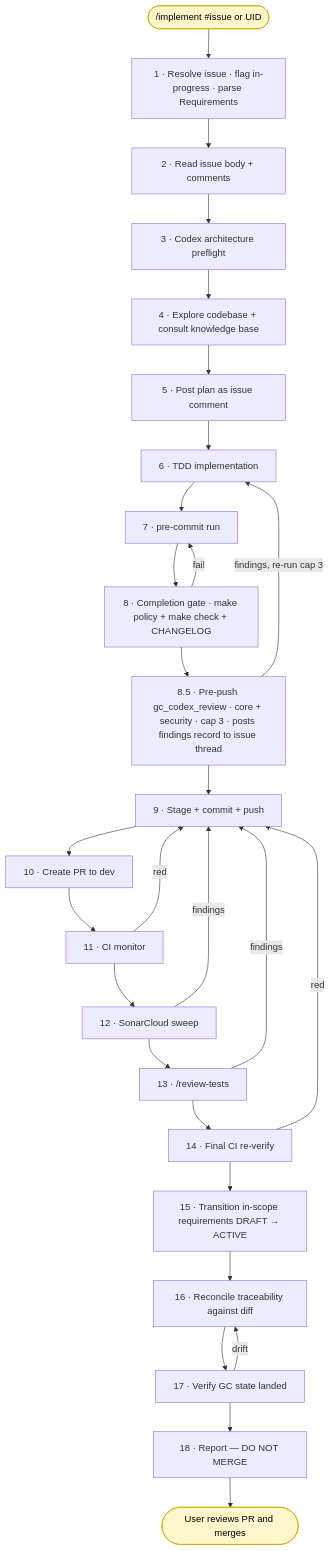
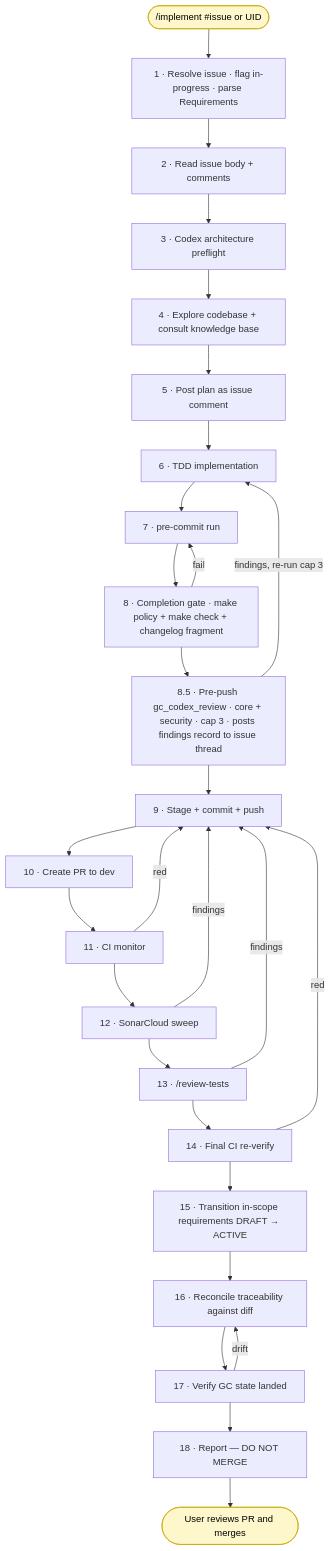
One commit to KeplerOps/Ground-Control changed the diagram in docs/DEVELOPMENT_WORKFLOW.md. Above: the diagram before and after it, drawn with Mermaid. The commit also changed other lines of this file and 16 other files, not shown here.

````diff
--- a/docs/DEVELOPMENT_WORKFLOW.md
+++ b/docs/DEVELOPMENT_WORKFLOW.md
@@ -60,56 +60,56 @@
 ```mermaid
 flowchart TB
   Start([/implement #issue or UID])
   S1[1 · Resolve issue · flag in-progress · parse Requirements]
   S2[2 · Read issue body + comments]
   S3[3 · Codex architecture preflight]
   S4[4 · Explore codebase + consult knowledge base]
   S5[5 · Post plan as issue comment]
   S6[6 · TDD implementation]
   S7[7 · pre-commit run]
-  S8[8 · Completion gate · make policy + make check + CHANGELOG]
+  S8[8 · Completion gate · make policy + make check + changelog fragment]
   S8b[8.5 · Pre-push gc_codex_review · core + security · cap 3 · posts findings record to issue thread]
   S9[9 · Stage + commit + push]
   S10[10 · Create PR to dev]
   S11[11 · CI monitor]
   S12[12 · SonarCloud sweep]
   S13[13 · /review-tests]
   S14[14 · Final CI re-verify]
   S15[15 · Transition in-scope requirements DRAFT → ACTIVE]
   S16[16 · Reconcile traceability against diff]
   S17[17 · Verify GC state landed]
   S18[18 · Report — DO NOT MERGE]
   End([User reviews PR and merges])
 
   Start --> S1
   S1 --> S2
   S2 --> S3
   S3 --> S4
   S4 --> S5
   S5 --> S6
   S6 --> S7
   S7 --> S8
   S8 --> S8b
   S8b --> S9
   S9 --> S10
   S10 --> S11
   S11 --> S12
   S12 --> S13
   S13 --> S14
   S14 --> S15
   S15 --> S16
   S16 --> S17
   S17 --> S18
   S18 --> End
 
   S8 -->|fail| S7
   S8b -->|findings, re-run cap 3| S6
   S11 -->|red| S9
   S12 -->|findings| S9
   S13 -->|findings| S9
   S14 -->|red| S9
   S17 -->|drift| S16
 
   classDef user fill:#fff7cc,stroke:#c9a900,color:#000
   class Start,End user
 ```
````
